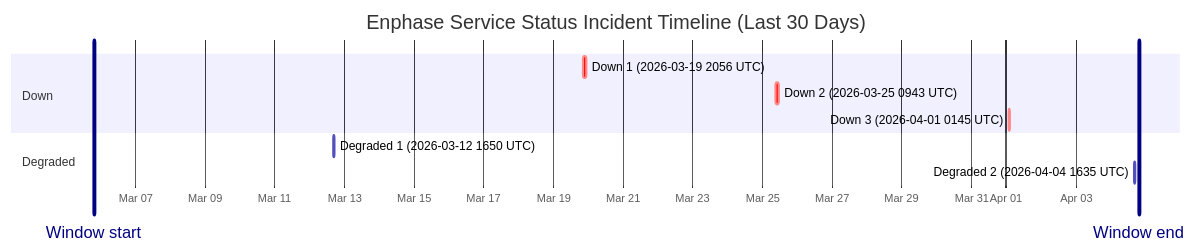
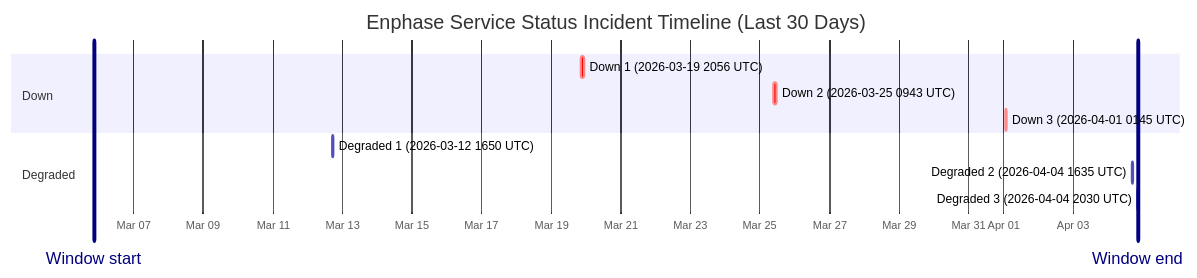
The diagram in wiki/Service-Status-History.md (barneyonline/ha-enphase-ev-charger), drawn with Mermaid before and after one commit. The commit also changed other lines of this file and 4 other files, not shown here.

````diff
--- a/wiki/Service-Status-History.md
+++ b/wiki/Service-Status-History.md
@@ -14,15 +14,16 @@
 ```mermaid
 gantt
     title Enphase Service Status Incident Timeline (Last 30 Days)
     dateFormat  YYYY-MM-DDTHH:mm:ss
     axisFormat  %b %d
-    Window start :vert, window-start, 2026-03-05T19:31:59, 0ms
-    Window end :vert, window-end, 2026-04-04T19:31:59, 0ms
+    Window start :vert, window-start, 2026-03-05T20:30:40, 0ms
+    Window end :vert, window-end, 2026-04-04T20:30:40, 0ms
     section Down
     Down 1 (2026-03-19 2056 UTC) :crit, down-1, 2026-03-19T20:56:20, 145m
     Down 2 (2026-03-25 0943 UTC) :crit, down-2, 2026-03-25T09:43:28, 111m
     Down 3 (2026-04-01 0145 UTC) :crit, down-3, 2026-04-01T01:45:09, 60m
     section Degraded
     Degraded 1 (2026-03-12 1650 UTC) :active, degraded-1, 2026-03-12T16:50:43, 60m
     Degraded 2 (2026-04-04 1635 UTC) :active, degraded-2, 2026-04-04T16:35:17, 60m
+    Degraded 3 (2026-04-04 2030 UTC) :active, degraded-3, 2026-04-04T20:30:40, 60m
 ```
````
